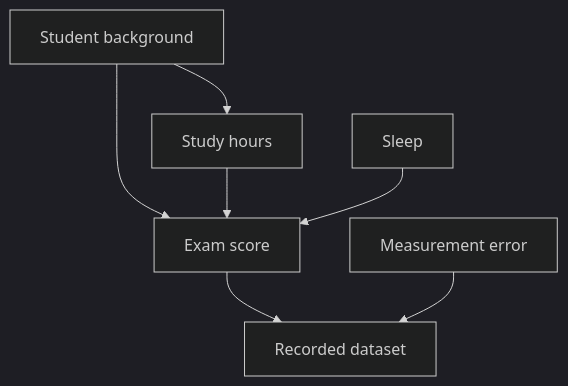
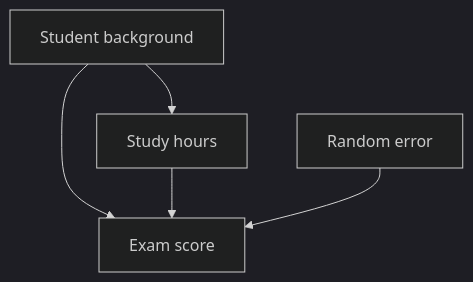
One commit to inqs909/m201_f26 changed the diagram in CW/cw_1.qmd. Above: the diagram before and after it, drawn with Mermaid (dark theme). The commit also changed other lines of this file and 5 other files, not shown here.

````diff
--- a/CW/cw_1.qmd
+++ b/CW/cw_1.qmd
@@ -38,9 +38,7 @@
 ```{mermaid}
 flowchart TD
     A["Student background"] --> B["Study hours"]
     A --> D["Exam score"]
     B --> D
-    E["Sleep"] --> D
-    D --> F["Recorded dataset"]
-    G["Measurement error"] --> F
+    G["Random error"] --> D
 ```
````
